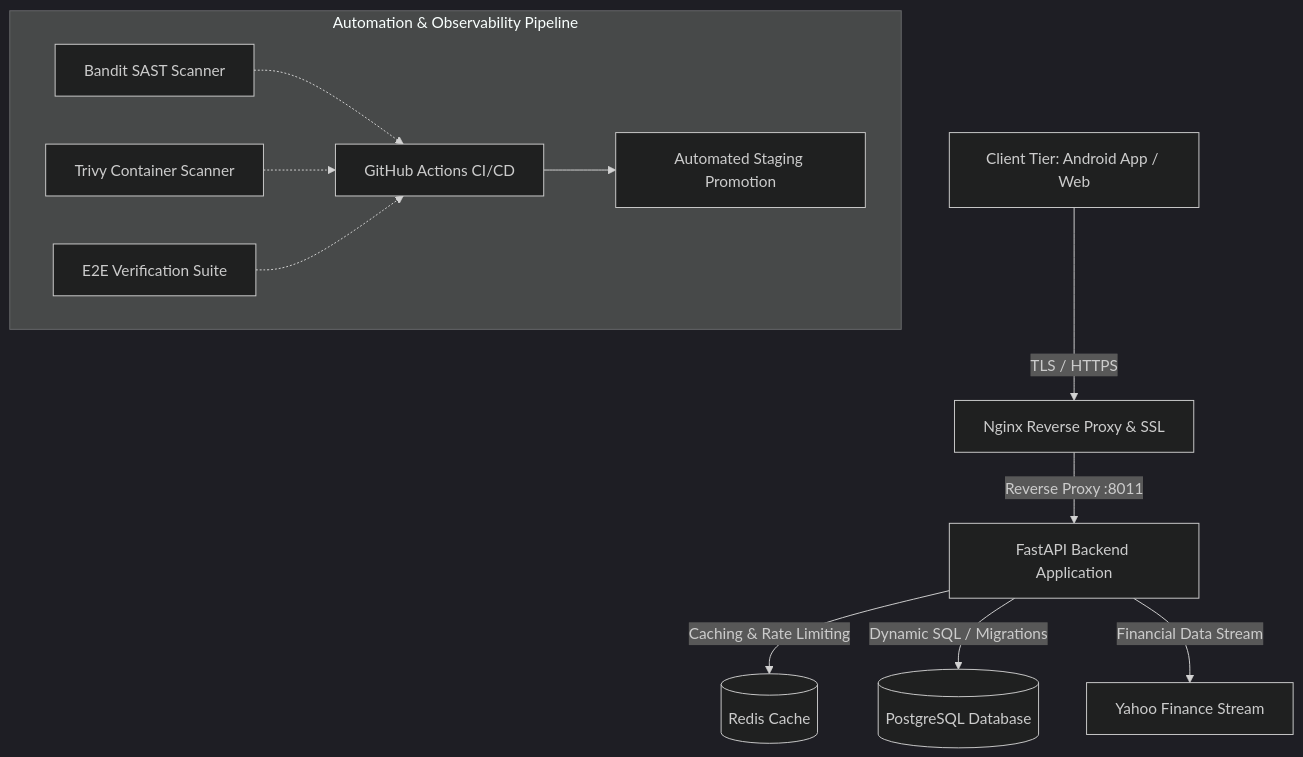
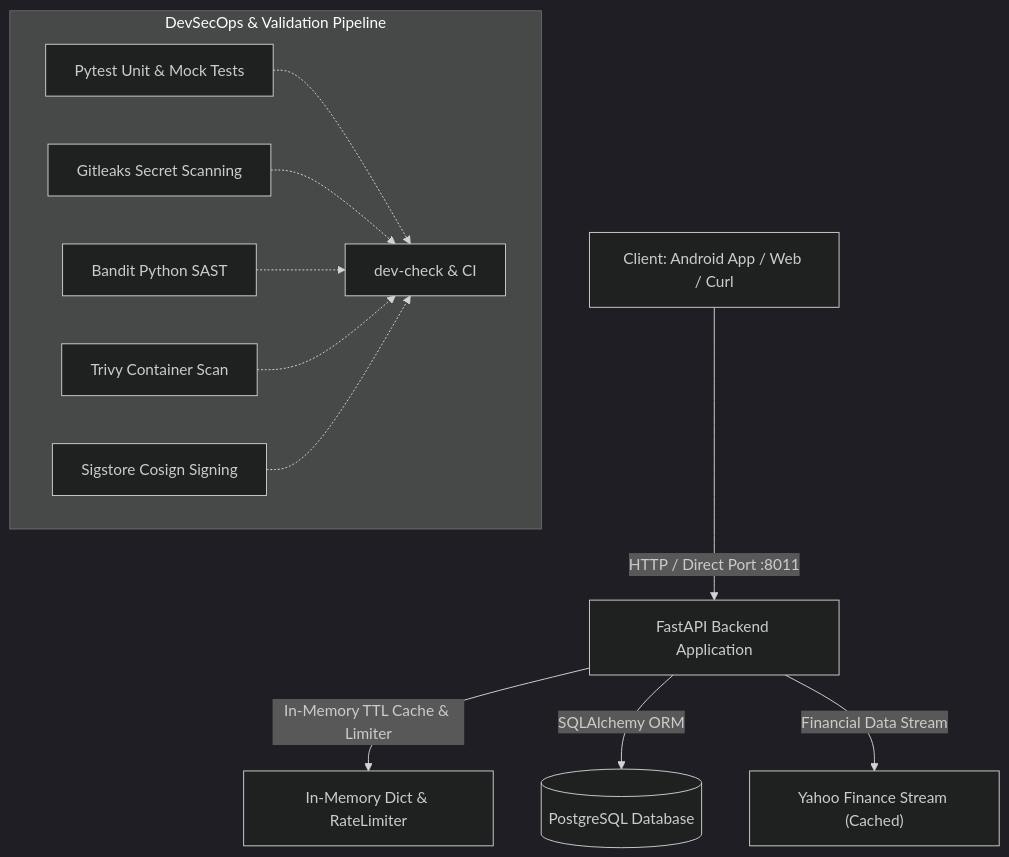
One commit to sebian-lab/sebian-lab.github.io changed the diagram in content/projects/backend-api/index.en.md. Above: the diagram before and after it, drawn with Mermaid (dark theme). The commit also changed other lines of this file and 216 other files, not shown here.

Commit message:
docs: align AlphaTracer architecture with exact codebase and update CV

```diff
--- a/content/projects/backend-api/index.en.md
+++ b/content/projects/backend-api/index.en.md
@@ -44,15 +38,15 @@
 {{< mermaid >}}
 graph TD
-    Client["Client Tier: Android App / Web"] -->|"TLS / HTTPS"| Nginx["Nginx Reverse Proxy & SSL"]
-    Nginx -->|"Reverse Proxy :8011"| FastAPI["FastAPI Backend Application"]
-    FastAPI -->|"Caching & Rate Limiting"| Redis[("Redis Cache")]
-    FastAPI -->|"Dynamic SQL / Migrations"| Postgres[("PostgreSQL Database")]
-    FastAPI -->|"Financial Data Stream"| YFinance["Yahoo Finance Stream"]
+    Client["Client: Android App / Web / Curl"] -->|"HTTP / Direct Port :8011"| FastAPI["FastAPI Backend Application"]
+    FastAPI -->|"In-Memory TTL Cache & Limiter"| InMem["In-Memory Dict & RateLimiter"]
+    FastAPI -->|"SQLAlchemy ORM"| Postgres[("PostgreSQL Database")]
+    FastAPI -->|"Financial Data Stream"| YFinance["Yahoo Finance Stream (Cached)"]
     
-    subgraph Pipeline ["Automation & Observability Pipeline"]
-        Bandit["Bandit SAST Scanner"] -.-> CI["GitHub Actions CI/CD"]
-        Trivy["Trivy Container Scanner"] -.-> CI
-        E2E["E2E Verification Suite"] -.-> CI
-        CI --> Staging["Automated Staging Promotion"]
+    subgraph Pipeline ["DevSecOps & Validation Pipeline"]
+        Pytest["Pytest Unit & Mock Tests"] -.-> CI["dev-check & CI"]
+        Gitleaks["Gitleaks Secret Scanning"] -.-> CI
+        Bandit["Bandit Python SAST"] -.-> CI
+        Trivy["Trivy Container Scan"] -.-> CI
+        Cosign["Sigstore Cosign Signing"] -.-> CI
     end
 {{< /mermaid >}}
```
